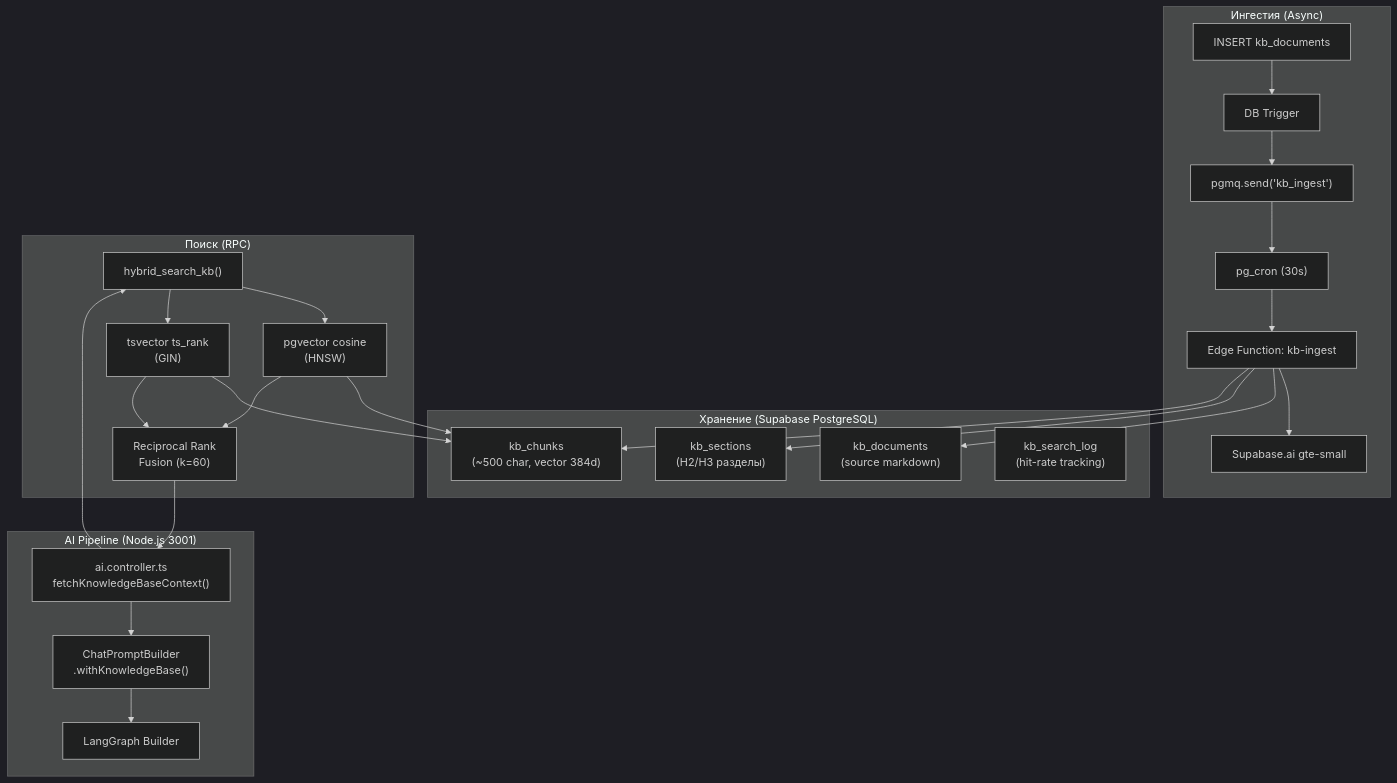
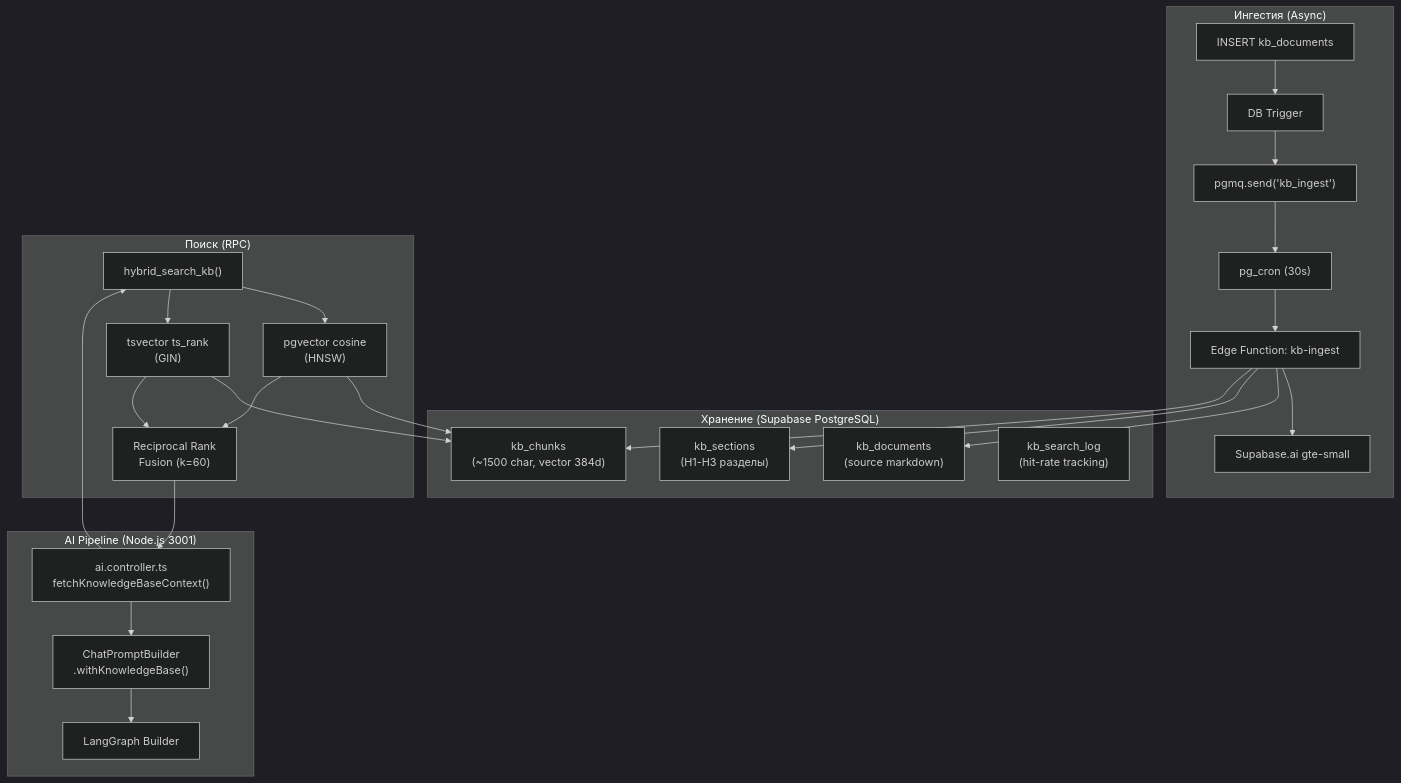
The first of 4 diagrams in docs/kb_architecture.md (S4rikk/vitograph), drawn with Mermaid (dark theme) before and after one commit. The commit also changed other lines of this file and 11 other files, not shown here.

````diff
--- a/docs/kb_architecture.md
+++ b/docs/kb_architecture.md
@@ -23,45 +23,45 @@
 ```mermaid
 graph TB
     subgraph "Ингестия (Async)"
         INS["INSERT kb_documents"]
         TRG["DB Trigger"]
         Q["pgmq.send('kb_ingest')"]
         CRON["pg_cron (30s)"]
         EF["Edge Function: kb-ingest"]
         AI["Supabase.ai gte-small"]
     end
 
     subgraph "Хранение (Supabase PostgreSQL)"
         DOC["kb_documents<br/>(source markdown)"]
-        SEC["kb_sections<br/>(H2/H3 разделы)"]
-        CHK["kb_chunks<br/>(~500 char, vector 384d)"]
+        SEC["kb_sections<br/>(H1-H3 разделы)"]
+        CHK["kb_chunks<br/>(~1500 char, vector 384d)"]
         LOG["kb_search_log<br/>(hit-rate tracking)"]
     end
 
     subgraph "Поиск (RPC)"
         RPC["hybrid_search_kb()"]
         SEM["pgvector cosine<br/>(HNSW)"]
         LEX["tsvector ts_rank<br/>(GIN)"]
         RRF["Reciprocal Rank<br/>Fusion (k=60)"]
     end
 
     subgraph "AI Pipeline (Node.js 3001)"
         CTRL["ai.controller.ts<br/>fetchKnowledgeBaseContext()"]
         CPB["ChatPromptBuilder<br/>.withKnowledgeBase()"]
         BUILDER["LangGraph Builder"]
     end
 
     INS --> TRG --> Q --> CRON --> EF
     EF --> AI
     EF --> DOC
     EF --> SEC
     EF --> CHK
 
     CTRL --> RPC
     RPC --> SEM --> CHK
     RPC --> LEX --> CHK
     SEM --> RRF
     LEX --> RRF
     RRF --> CTRL
     CTRL --> CPB --> BUILDER
 ```
````
